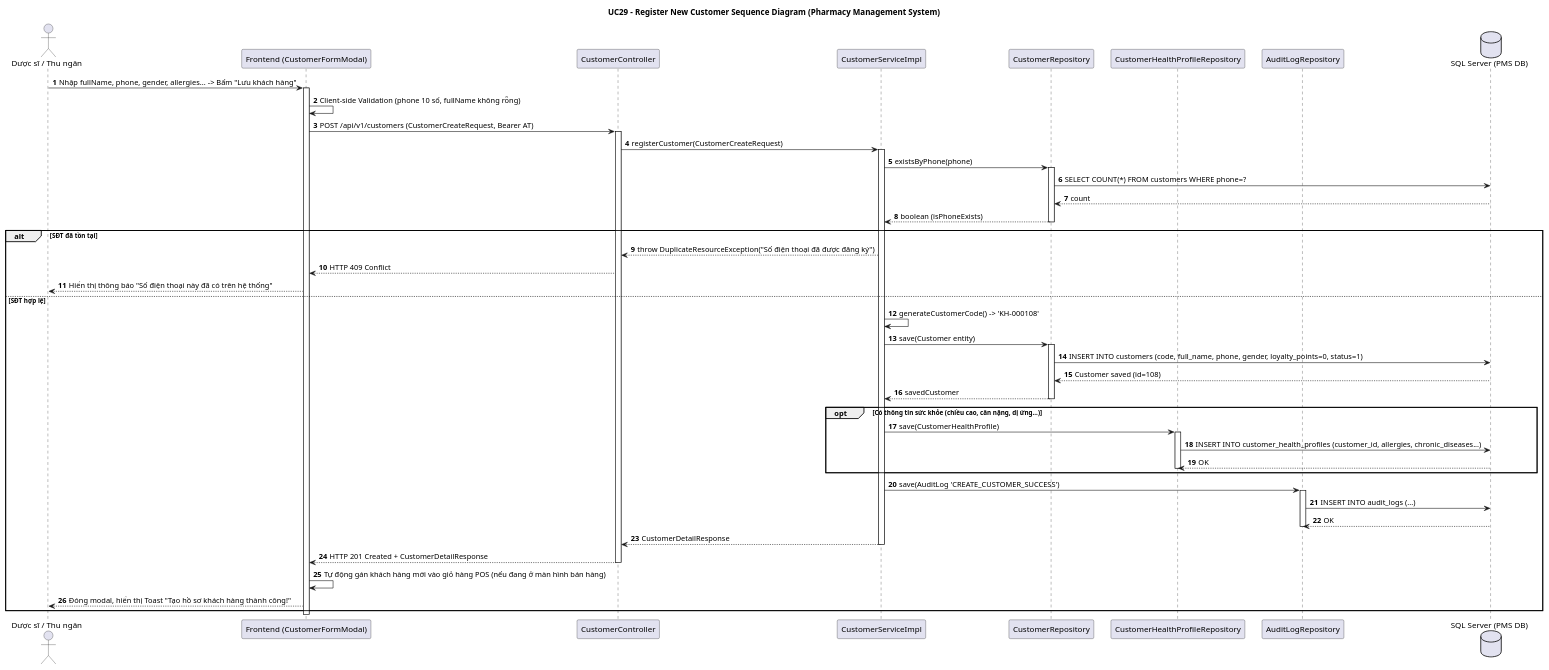
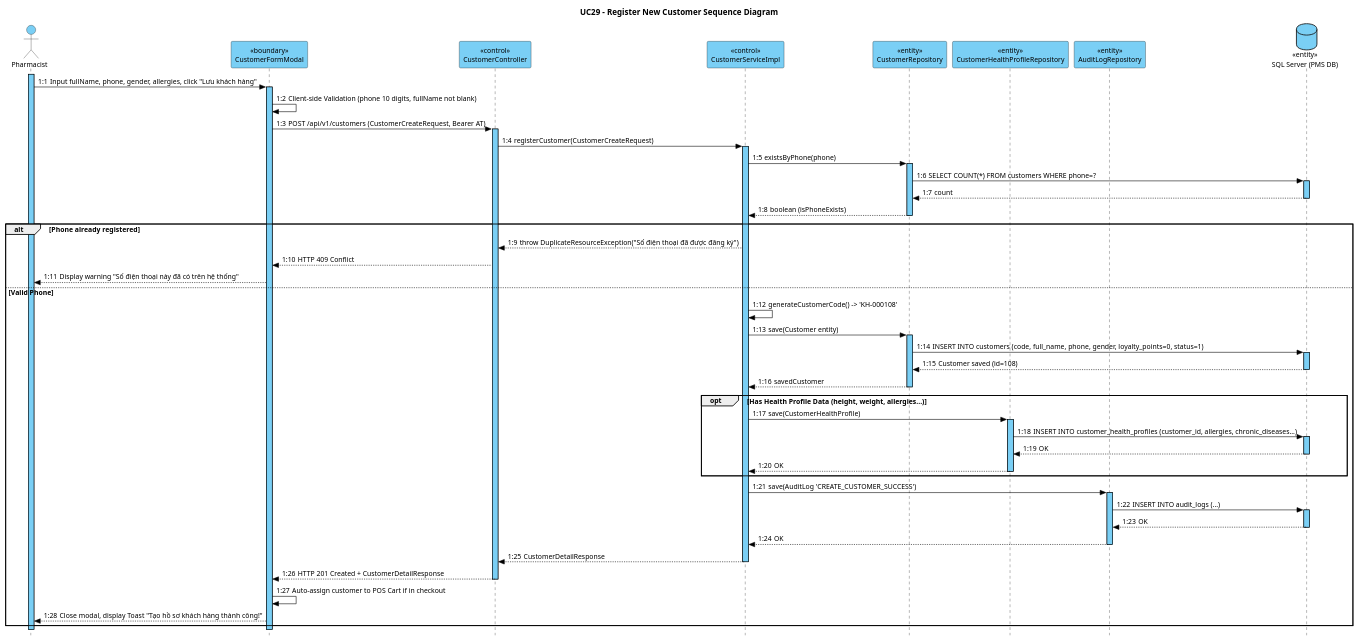
The diagram in TaiLieu_SRS_SDS/SDS/SequenceDiagrams/02_Customer_Management/SQ06_Register_New_Customer.puml (TuanNam1121/PharmacyManagementSystem), drawn with PlantUML before and after one commit. The commit also changed 32 other files, not shown here.

Commit message:
docs: standardize all 16 sequence diagrams to Visual Paradigm style (#7ACFF5, stereotypes, lifelines)

```diff
--- a/TaiLieu_SRS_SDS/SDS/SequenceDiagrams/02_Customer_Management/SQ06_Register_New_Customer.puml
+++ b/TaiLieu_SRS_SDS/SDS/SequenceDiagrams/02_Customer_Management/SQ06_Register_New_Customer.puml
@@ -1,67 +1,101 @@
 @startuml SQ06_Register_New_Customer
-title UC29 - Register New Customer Sequence Diagram (Pharmacy Management System)
-autonumber
-skinparam BoxPadding 10
-skinparam ParticipantPadding 10
+title UC29 - Register New Customer Sequence Diagram
+autonumber "1:"
+skinparam style strictuml
+skinparam sequenceMessageAlign left
+skinparam defaultFontName Arial
+skinparam defaultFontSize 12
 
-actor User as "Dược sĩ / Thu ngân"
-participant FE as "Frontend (CustomerFormModal)"
-participant CC as "CustomerController"
-participant CS as "CustomerServiceImpl"
-participant CR as "CustomerRepository"
-participant HR as "CustomerHealthProfileRepository"
-participant ALR as "AuditLogRepository"
-database DB as "SQL Server (PMS DB)"
+skinparam sequence {
+    LifeLineBorderColor #000000
+    LifeLineBackgroundColor #7ACFF5
+    ParticipantBorderColor #000000
+    ParticipantBackgroundColor #7ACFF5
+    ParticipantFontColor #000000
+    ParticipantFontSize 12
+    ActorBorderColor #000000
+    ActorBackgroundColor #7ACFF5
+    ActorFontColor #000000
+    ArrowColor #000000
+    ArrowFontColor #000000
+    GroupBorderColor #000000
+}
 
-User -> FE: Nhập fullName, phone, gender, allergies... -> Bấm "Lưu khách hàng"
-activate FE
-FE -> FE: Client-side Validation (phone 10 số, fullName không rỗng)
-FE -> CC: POST /api/v1/customers (CustomerCreateRequest, Bearer AT)
-activate CC
-CC -> CS: registerCustomer(CustomerCreateRequest)
-activate CS
+actor "Pharmacist" as Pharmacist #7ACFF5
+participant "<<boundary>>\nCustomerFormModal" as CustomerFormModal #7ACFF5
+participant "<<control>>\nCustomerController" as CustomerController #7ACFF5
+participant "<<control>>\nCustomerServiceImpl" as CustomerServiceImpl #7ACFF5
+participant "<<entity>>\nCustomerRepository" as CustomerRepository #7ACFF5
+participant "<<entity>>\nCustomerHealthProfileRepository" as HealthProfileRepo #7ACFF5
+participant "<<entity>>\nAuditLogRepository" as AuditLogRepo #7ACFF5
+database "<<entity>>\nSQL Server (PMS DB)" as DB #7ACFF5
 
-CS -> CR: existsByPhone(phone)
-activate CR
-CR -> DB: SELECT COUNT(*) FROM customers WHERE phone=?
-DB --> CR: count
-CR --> CS: boolean (isPhoneExists)
-deactivate CR
+activate Pharmacist #7ACFF5
+Pharmacist -> CustomerFormModal: Input fullName, phone, gender, allergies, click "Lưu khách hàng"
+activate CustomerFormModal #7ACFF5
 
-alt SĐT đã tồn tại
-    CS --> CC: throw DuplicateResourceException("Số điện thoại đã được đăng ký")
-    CC --> FE: HTTP 409 Conflict
-    FE --> User: Hiển thị thông báo "Số điện thoại này đã có trên hệ thống"
-else SĐT hợp lệ
-    CS -> CS: generateCustomerCode() -> 'KH-000108'
-    CS -> CR: save(Customer entity)
-    activate CR
-    CR -> DB: INSERT INTO customers (code, full_name, phone, gender, loyalty_points=0, status=1)
-    DB --> CR: Customer saved (id=108)
-    CR --> CS: savedCustomer
-    deactivate CR
+CustomerFormModal -> CustomerFormModal: Client-side Validation (phone 10 digits, fullName not blank)
 
-    opt Có thông tin sức khỏe (chiều cao, cân nặng, dị ứng...)
-        CS -> HR: save(CustomerHealthProfile)
-        activate HR
-        HR -> DB: INSERT INTO customer_health_profiles (customer_id, allergies, chronic_diseases...)
-        DB --> HR: OK
-        deactivate HR
+CustomerFormModal -> CustomerController: POST /api/v1/customers (CustomerCreateRequest, Bearer AT)
+activate CustomerController #7ACFF5
+
+CustomerController -> CustomerServiceImpl: registerCustomer(CustomerCreateRequest)
+activate CustomerServiceImpl #7ACFF5
+
+CustomerServiceImpl -> CustomerRepository: existsByPhone(phone)
+activate CustomerRepository #7ACFF5
+CustomerRepository -> DB: SELECT COUNT(*) FROM customers WHERE phone=?
+activate DB #7ACFF5
+DB --> CustomerRepository: count
+deactivate DB
+CustomerRepository --> CustomerServiceImpl: boolean (isPhoneExists)
+deactivate CustomerRepository
+
+alt Phone already registered
+    CustomerServiceImpl --> CustomerController: throw DuplicateResourceException("Số điện thoại đã được đăng ký")
+    CustomerController --> CustomerFormModal: HTTP 409 Conflict
+    CustomerFormModal --> Pharmacist: Display warning "Số điện thoại này đã có trên hệ thống"
+else Valid Phone
+    CustomerServiceImpl -> CustomerServiceImpl: generateCustomerCode() -> 'KH-000108'
+    CustomerServiceImpl -> CustomerRepository: save(Customer entity)
+    activate CustomerRepository #7ACFF5
+    CustomerRepository -> DB: INSERT INTO customers (code, full_name, phone, gender, loyalty_points=0, status=1)
+    activate DB #7ACFF5
+    DB --> CustomerRepository: Customer saved (id=108)
+    deactivate DB
+    CustomerRepository --> CustomerServiceImpl: savedCustomer
+    deactivate CustomerRepository
+
+    opt Has Health Profile Data (height, weight, allergies...)
+        CustomerServiceImpl -> HealthProfileRepo: save(CustomerHealthProfile)
+        activate HealthProfileRepo #7ACFF5
+        HealthProfileRepo -> DB: INSERT INTO customer_health_profiles (customer_id, allergies, chronic_diseases...)
+        activate DB #7ACFF5
+        DB --> HealthProfileRepo: OK
+        deactivate DB
+        HealthProfileRepo --> CustomerServiceImpl: OK
+        deactivate HealthProfileRepo
     end
 
-    CS -> ALR: save(AuditLog 'CREATE_CUSTOMER_SUCCESS')
-    activate ALR
-    ALR -> DB: INSERT INTO audit_logs (...)
-    DB --> ALR: OK
-    deactivate ALR
+    CustomerServiceImpl -> AuditLogRepo: save(AuditLog 'CREATE_CUSTOMER_SUCCESS')
+    activate AuditLogRepo #7ACFF5
+    AuditLogRepo -> DB: INSERT INTO audit_logs (...)
+    activate DB #7ACFF5
+    DB --> AuditLogRepo: OK
+    deactivate DB
+    AuditLogRepo --> CustomerServiceImpl: OK
+    deactivate AuditLogRepo
 
-    CS --> CC: CustomerDetailResponse
-    deactivate CS
-    CC --> FE: HTTP 201 Created + CustomerDetailResponse
-    deactivate CC
+    CustomerServiceImpl --> CustomerController: CustomerDetailResponse
+    deactivate CustomerServiceImpl
 
-    FE -> FE: Tự động gán khách hàng mới vào giỏ hàng POS (nếu đang ở màn hình bán hàng)
-    FE --> User: Đóng modal, hiển thị Toast "Tạo hồ sơ khách hàng thành công!"
+    CustomerController --> CustomerFormModal: HTTP 201 Created + CustomerDetailResponse
+    deactivate CustomerController
+
+    CustomerFormModal -> CustomerFormModal: Auto-assign customer to POS Cart if in checkout
+    CustomerFormModal --> Pharmacist: Close modal, display Toast "Tạo hồ sơ khách hàng thành công!"
 end
-deactivate FE
+
+deactivate CustomerFormModal
+deactivate Pharmacist
 @enduml
```
